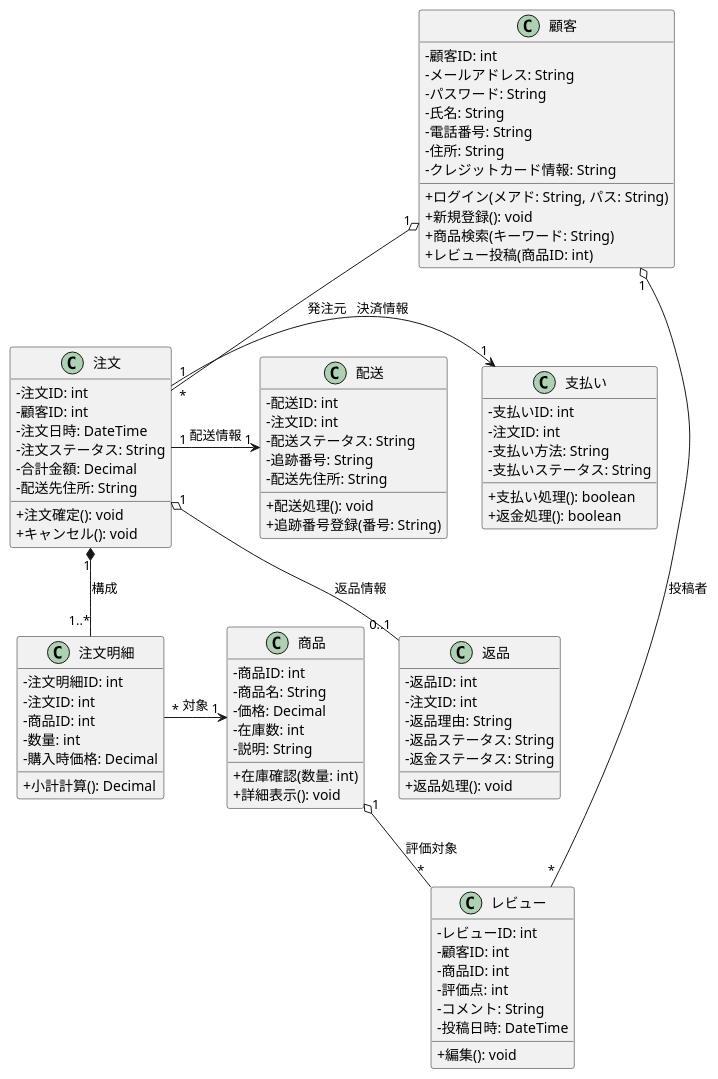
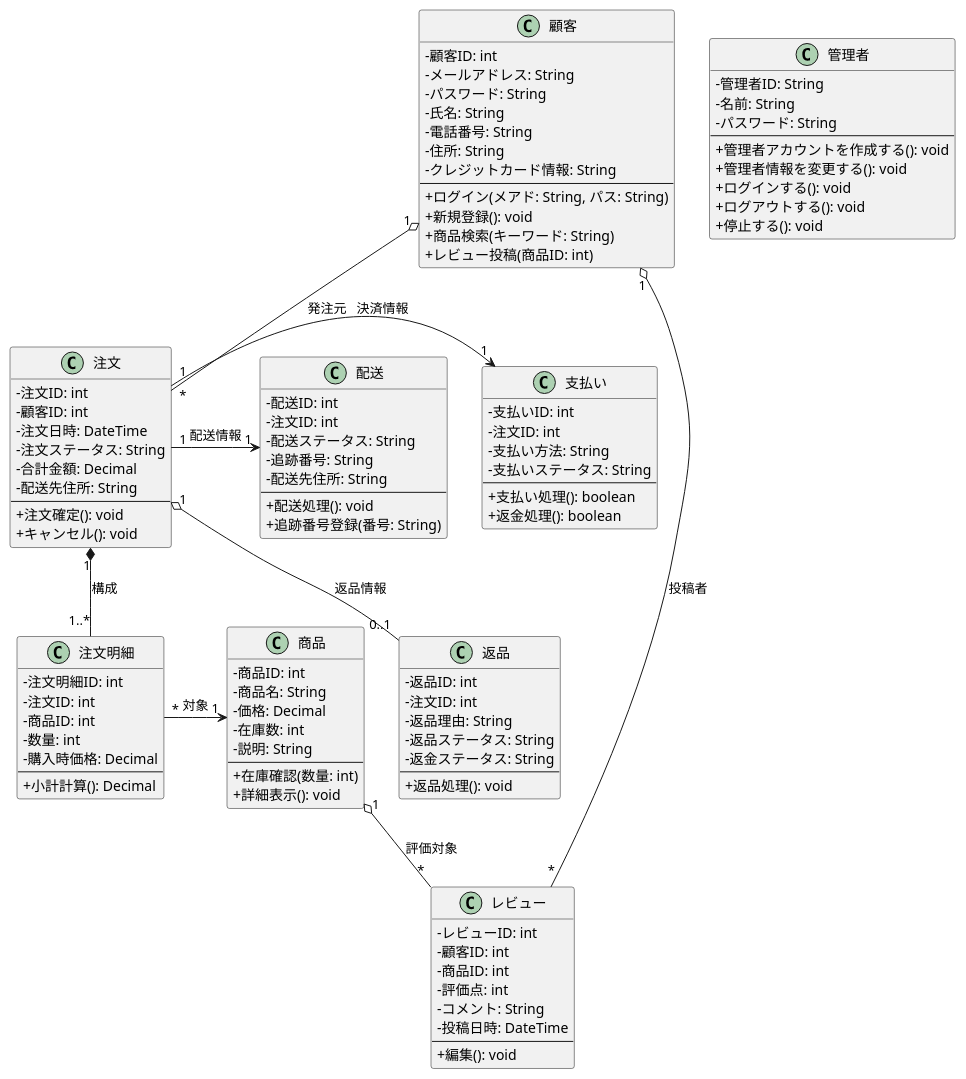
Before and after one commit to mameiku/group3-4: the diagram in class.pu, drawn with PlantUML.

Commit message:
変更

```diff
--- a/class.pu
+++ b/class.pu
@@ -1,116 +1,137 @@
-@startuml Bag_systemドメインモデル図
+@startuml BBショップ_ドメインモデル図
 skinparam handwritten false
 skinparam classAttributeIconSize 0
 skinparam defaultFontName "メイリオ"
+
+class 管理者 {
+    - 管理者ID: String
+    - 名前: String
+    - パスワード: String
+    --
+    + 管理者アカウントを作成する(): void
+    + 管理者情報を変更する(): void
+    + ログインする(): void
+    + ログアウトする(): void
+    + 停止する(): void
+}
 
 class 顧客 {
     - 顧客ID: int
     - メールアドレス: String
     - パスワード: String
     - 氏名: String
     - 電話番号: String
     - 住所: String
     - クレジットカード情報: String
+    --
     + ログイン(メアド: String, パス: String)
     + 新規登録(): void
     + 商品検索(キーワード: String)
     + レビュー投稿(商品ID: int)
 }
 
 class 商品 {
     - 商品ID: int
     - 商品名: String
     - 価格: Decimal
     - 在庫数: int
     - 説明: String
+    --
     + 在庫確認(数量: int)
     + 詳細表示(): void
 }
 
 class 注文 {
     - 注文ID: int
     - 顧客ID: int
     - 注文日時: DateTime
     - 注文ステータス: String
     - 合計金額: Decimal
     - 配送先住所: String
+    --
     + 注文確定(): void
     + キャンセル(): void
 }
 
 class 注文明細 {
     - 注文明細ID: int
     - 注文ID: int
     - 商品ID: int
     - 数量: int
     - 購入時価格: Decimal
+    --
     + 小計計算(): Decimal
 }
 
 class レビュー {
     - レビューID: int
     - 顧客ID: int
     - 商品ID: int
     - 評価点: int
     - コメント: String
     - 投稿日時: DateTime
+    --
     + 編集(): void
 }
 
 class 支払い {
     - 支払いID: int
     - 注文ID: int
     - 支払い方法: String
     - 支払いステータス: String
+    --
     + 支払い処理(): boolean
     + 返金処理(): boolean
 }
 
 class 配送 {
     - 配送ID: int
     - 注文ID: int
     - 配送ステータス: String
     - 追跡番号: String
     - 配送先住所: String
+    --
     + 配送処理(): void
     + 追跡番号登録(番号: String)
 }
 
 class 返品 {
     - 返品ID: int
     - 注文ID: int
     - 返品理由: String
     - 返品ステータス: String
     - 返金ステータス: String
+    --
     + 返品処理(): void
 }
 
 ' ====================================================================
-' 関連定義 (Associations)
+' 関連定義
+' 管理者クラスの関連は削除し、単体で存在させます。
 ' ====================================================================
 
 ' 顧客 - 注文 (1対多)
 顧客 "1" o-- "*" 注文 : 発注元
 
 ' 注文 - 注文明細 (1対多/コンポジション)
 注文 "1" *-- "1..*" 注文明細 : 構成
 
 ' 注文明細 -> 商品 (多対1/一方向)
 注文明細 "*" -> "1" 商品 : 対象
 
 ' 顧客 - レビュー (1対多)
 顧客 "1" o-- "*" レビュー : 投稿者
 
 ' 商品 - レビュー (1対多)
 商品 "1" o-- "*" レビュー : 評価対象
 
 ' 注文 -> 支払い (1対1/一方向)
 注文 "1" -> "1" 支払い : 決済情報
 
 ' 注文 -> 配送 (1対1/一方向)
 注文 "1" -> "1" 配送 : 配送情報
 
 ' 注文 - 返品 (1対0..1)
 注文 "1" o-- "0..1" 返品 : 返品情報
 
 @enduml
```
